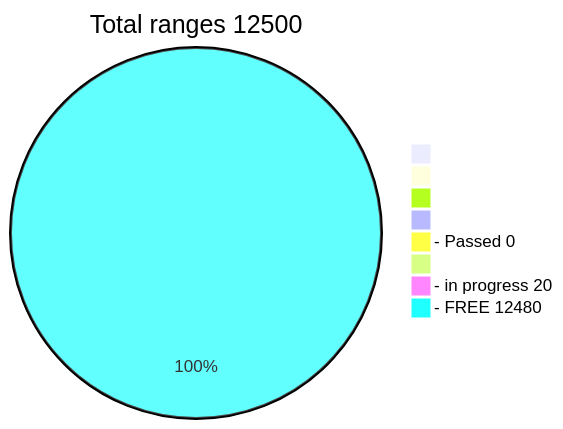
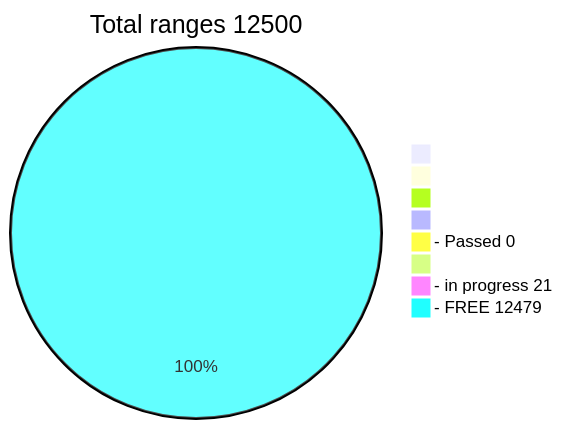
Before and after one commit to phrutis/Passphrases: the diagram in README.md, drawn with Mermaid.

````diff
--- a/README.md
+++ b/README.md
@@ -3,12 +3,12 @@
 ```mermaid
 pie title Total ranges 12500
              " " : 0
             "  " : 0
            "   " : 0
           "    " : 0
   "- Passed 0" : 0
          "     " : 0
-  "- in progress 20" : 20
-   "- FREE 12480" : 12480
+  "- in progress 21" : 21
+   "- FREE 12479" : 12479
    
 ```
````
